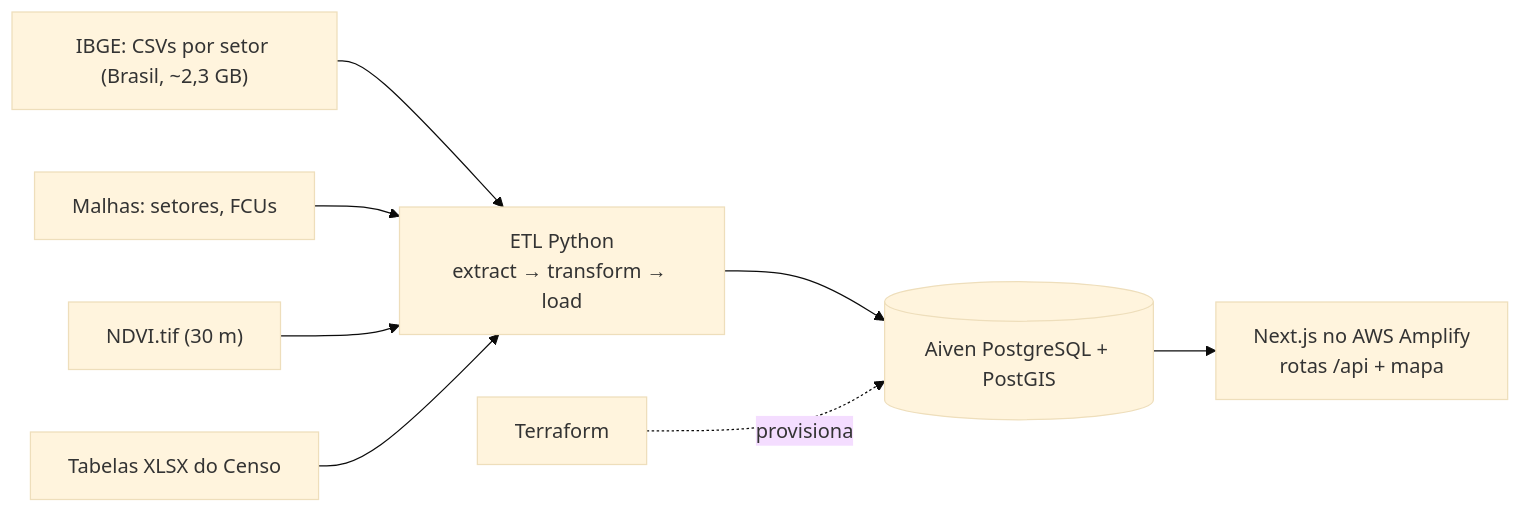
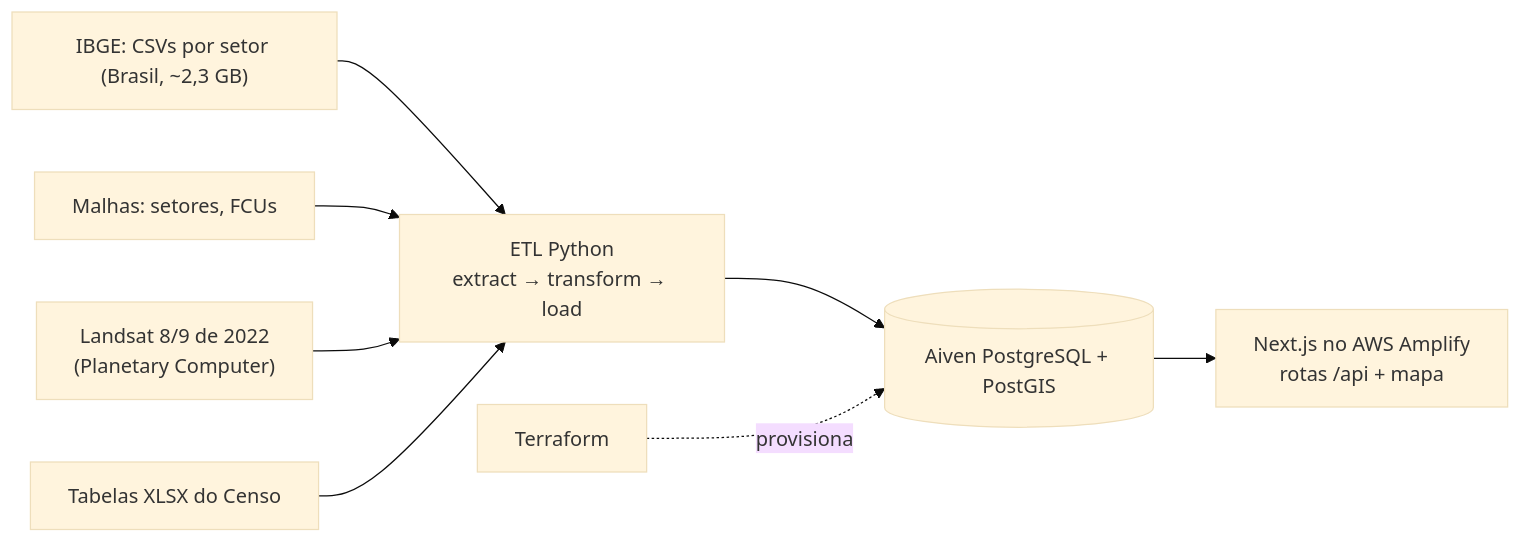
The first of 2 diagrams in README.md (OlivierLeal/sig-salvador), drawn with Mermaid (base theme) before and after one commit. The commit also changed other lines of this file, not shown here.

Commit message:
docs: README com Landsat, krigagem e o painel web

````diff
--- a/README.md
+++ b/README.md
@@ -19,10 +19,10 @@
 ```mermaid
 flowchart LR
   A["IBGE: CSVs por setor (Brasil, ~2,3 GB)"] --> E
   B["Malhas: setores, FCUs"] --> E
-  C["NDVI.tif (30 m)"] --> E
+  C["Landsat 8/9 de 2022<br/>(Planetary Computer)"] --> E
   D["Tabelas XLSX do Censo"] --> E
   E["ETL Python<br/>extract → transform → load"] --> P[("Aiven PostgreSQL + PostGIS")]
   T["Terraform"] -. provisiona .-> P
   P --> W["Next.js no AWS Amplify<br/>rotas /api + mapa"]
 ```
````
